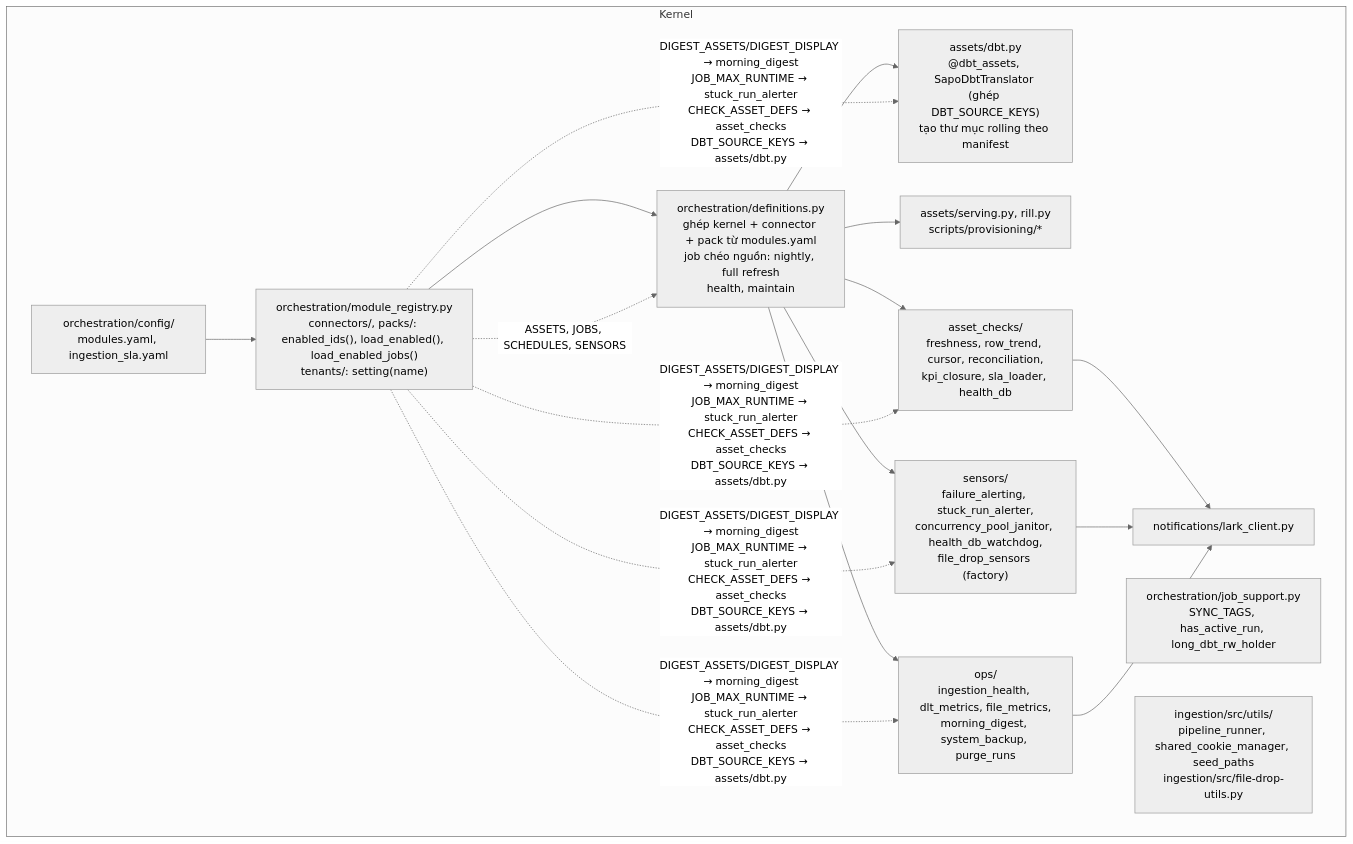
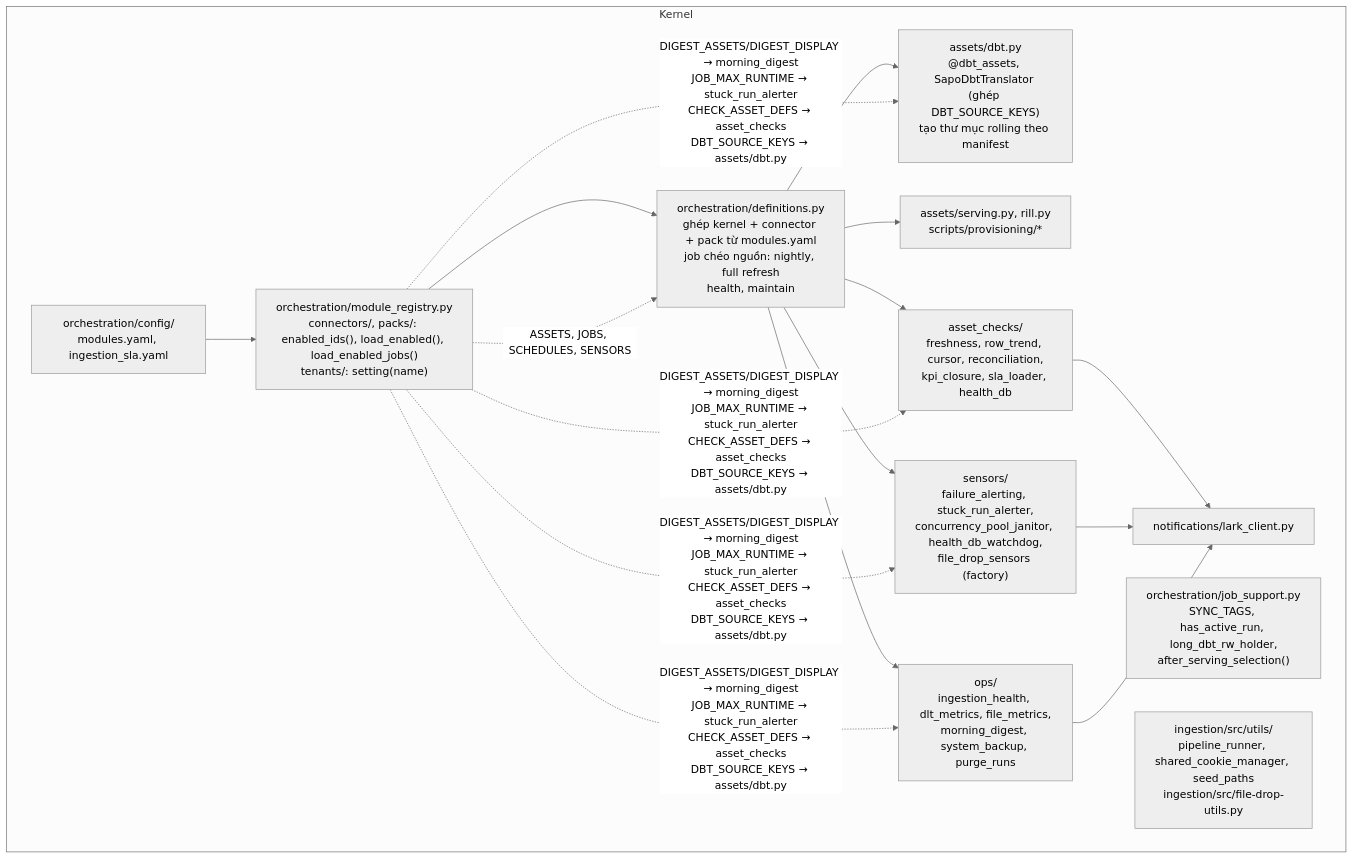
One commit to vantt/data-integration changed the fourth of 16 diagrams in docs/architecture/modules.md. Above: the diagram before and after it, drawn with Mermaid (neutral theme). The commit also changed other lines of this file and 20 other files, not shown here.

First line of the commit message:
refactor(orchestration): let the crm pack register its post-serving asset

````diff
--- a/docs/architecture/modules.md
+++ b/docs/architecture/modules.md
@@ -285,21 +285,21 @@
 ```mermaid
 flowchart TB
     subgraph KERNEL["Kernel"]
         DEF["orchestration/definitions.py<br/>ghép kernel + connector + pack từ modules.yaml<br/>job chéo nguồn: nightly, full refresh<br/>health, maintain"]
         REG["orchestration/module_registry.py<br/>connectors/, packs/: enabled_ids(), load_enabled(), load_enabled_jobs()<br/>tenants/: setting(name)"]
         CFG["orchestration/config/<br/>modules.yaml, ingestion_sla.yaml"]
-        JS["orchestration/job_support.py<br/>SYNC_TAGS, has_active_run, long_dbt_rw_holder"]
+        JS["orchestration/job_support.py<br/>SYNC_TAGS, has_active_run, long_dbt_rw_holder,<br/>after_serving_selection()"]
         DBTA["assets/dbt.py<br/>@dbt_assets, SapoDbtTranslator (ghép DBT_SOURCE_KEYS)<br/>tạo thư mục rolling theo manifest"]
         SERV["assets/serving.py, rill.py<br/>scripts/provisioning/*"]
         CHK["asset_checks/<br/>freshness, row_trend, cursor, reconciliation,<br/>kpi_closure, sla_loader, health_db"]
         SEN["sensors/<br/>failure_alerting, stuck_run_alerter,<br/>concurrency_pool_janitor, health_db_watchdog,<br/>file_drop_sensors (factory)"]
         OPS["ops/<br/>ingestion_health, dlt_metrics, file_metrics,<br/>morning_digest, system_backup, purge_runs"]
         NOTI["notifications/lark_client.py"]
         RUN["ingestion/src/utils/<br/>pipeline_runner, shared_cookie_manager, seed_paths<br/>ingestion/src/file-drop-utils.py"]
     end
     CFG --> REG --> DEF
     DEF --> DBTA & SERV & CHK & SEN & OPS
     CHK & SEN & OPS --> NOTI
     REG -. "ASSETS, JOBS, SCHEDULES, SENSORS" .-> DEF
     REG -. "DIGEST_ASSETS/DIGEST_DISPLAY → morning_digest<br/>JOB_MAX_RUNTIME → stuck_run_alerter<br/>CHECK_ASSET_DEFS → asset_checks<br/>DBT_SOURCE_KEYS → assets/dbt.py" .-> OPS & SEN & CHK & DBTA
 ```
````
